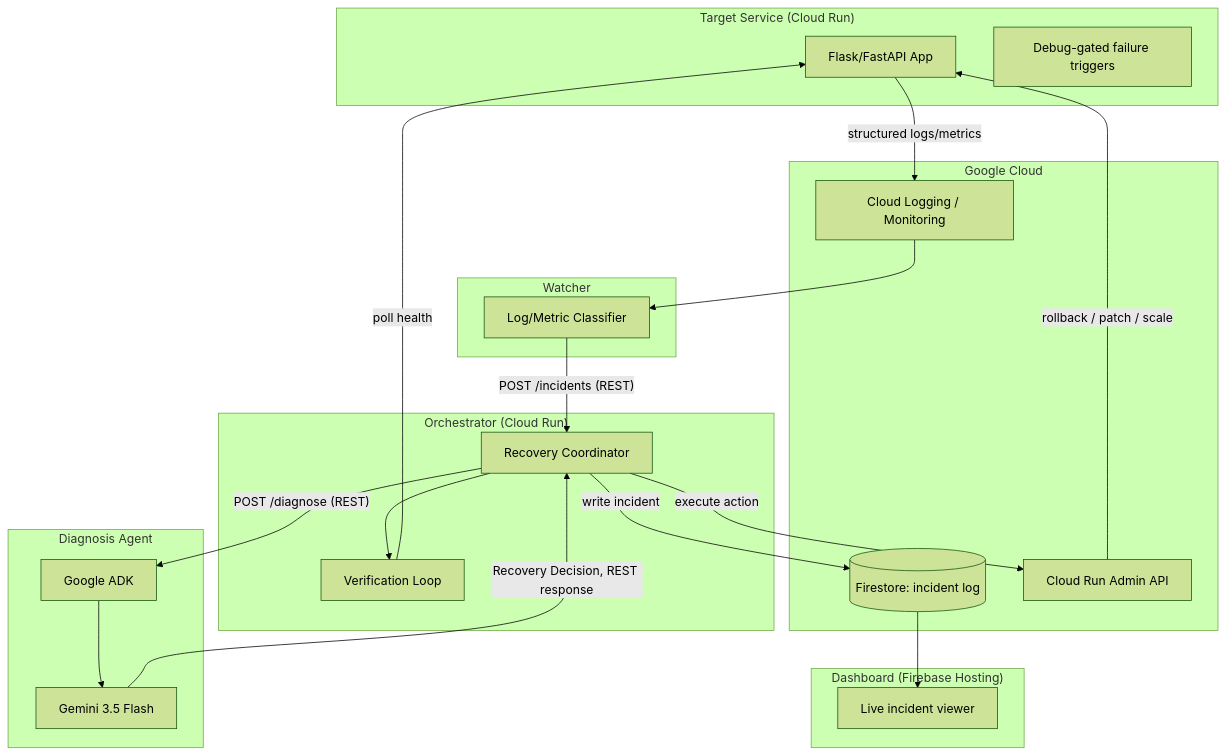
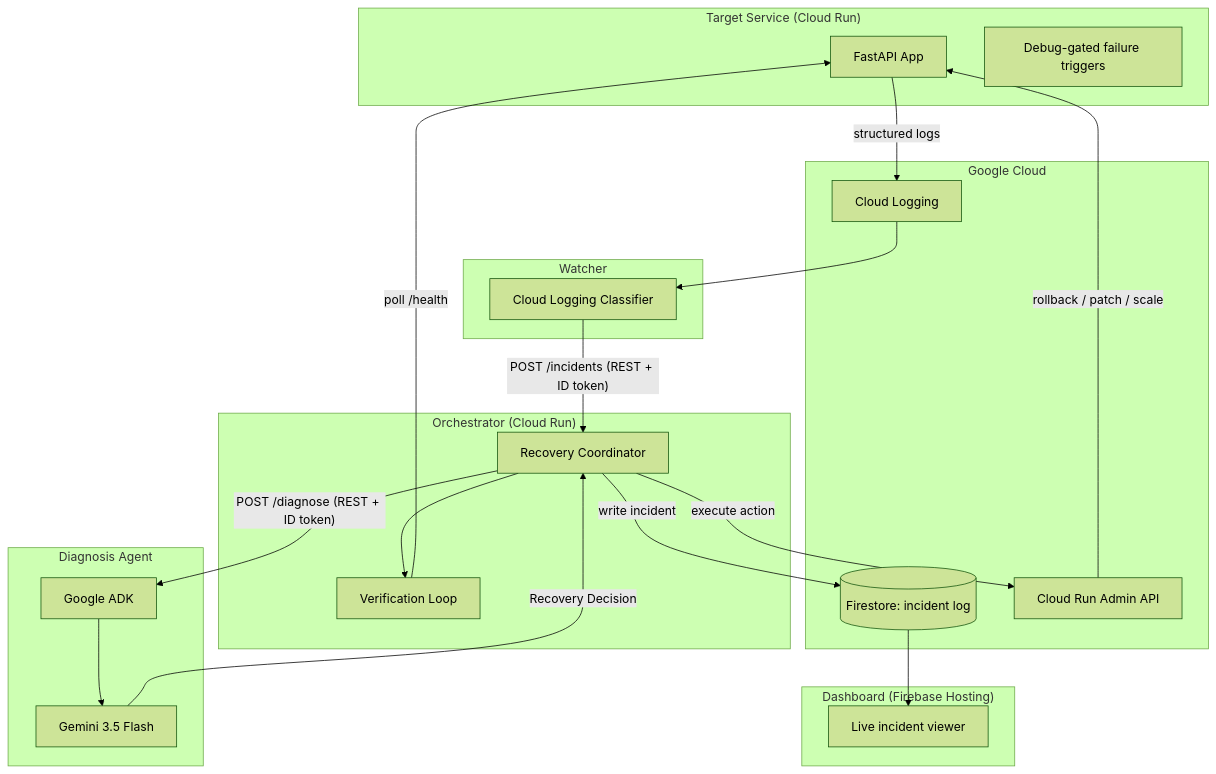
Before and after one commit to MdHananSjd/AutoMend: the first of 2 diagrams in README.md, drawn with Mermaid (forest theme). The commit also changed other lines of this file and 3 other files, not shown here.

````diff
--- a/README.md
+++ b/README.md
@@ -37,44 +38,44 @@
 ```mermaid
 flowchart TD
     subgraph Target["Target Service (Cloud Run)"]
-        TS[Flask/FastAPI App]
+        TS[FastAPI App]
         DBG[Debug-gated failure triggers]
     end
 
     subgraph WatcherBox["Watcher"]
-        W[Log/Metric Classifier]
+        W[Cloud Logging Classifier]
     end
 
     subgraph Diagnosis["Diagnosis Agent"]
         ADK[Google ADK]
         GEM[Gemini 3.5 Flash]
     end
 
     subgraph Orchestrator["Orchestrator (Cloud Run)"]
         ORC[Recovery Coordinator]
         VER[Verification Loop]
     end
 
     subgraph GCP["Google Cloud"]
-        LOG[Cloud Logging / Monitoring]
+        LOG[Cloud Logging]
         FS[(Firestore: incident log)]
         ADMIN[Cloud Run Admin API]
     end
 
     subgraph Dashboard["Dashboard (Firebase Hosting)"]
         UI[Live incident viewer]
     end
 
-    TS -->|structured logs/metrics| LOG
+    TS -->|structured logs| LOG
     LOG --> W
-    W -->|"POST /incidents (REST)"| ORC
-    ORC -->|"POST /diagnose (REST)"| ADK
+    W -->|"POST /incidents (REST + ID token)"| ORC
+    ORC -->|"POST /diagnose (REST + ID token)"| ADK
     ADK --> GEM
-    GEM -->|Recovery Decision, REST response| ORC
+    GEM -->|Recovery Decision| ORC
     ORC -->|execute action| ADMIN
     ADMIN -->|rollback / patch / scale| TS
     ORC --> VER
-    VER -->|poll health| TS
+    VER -->|poll /health| TS
     ORC -->|write incident| FS
     FS --> UI
 ```
````
